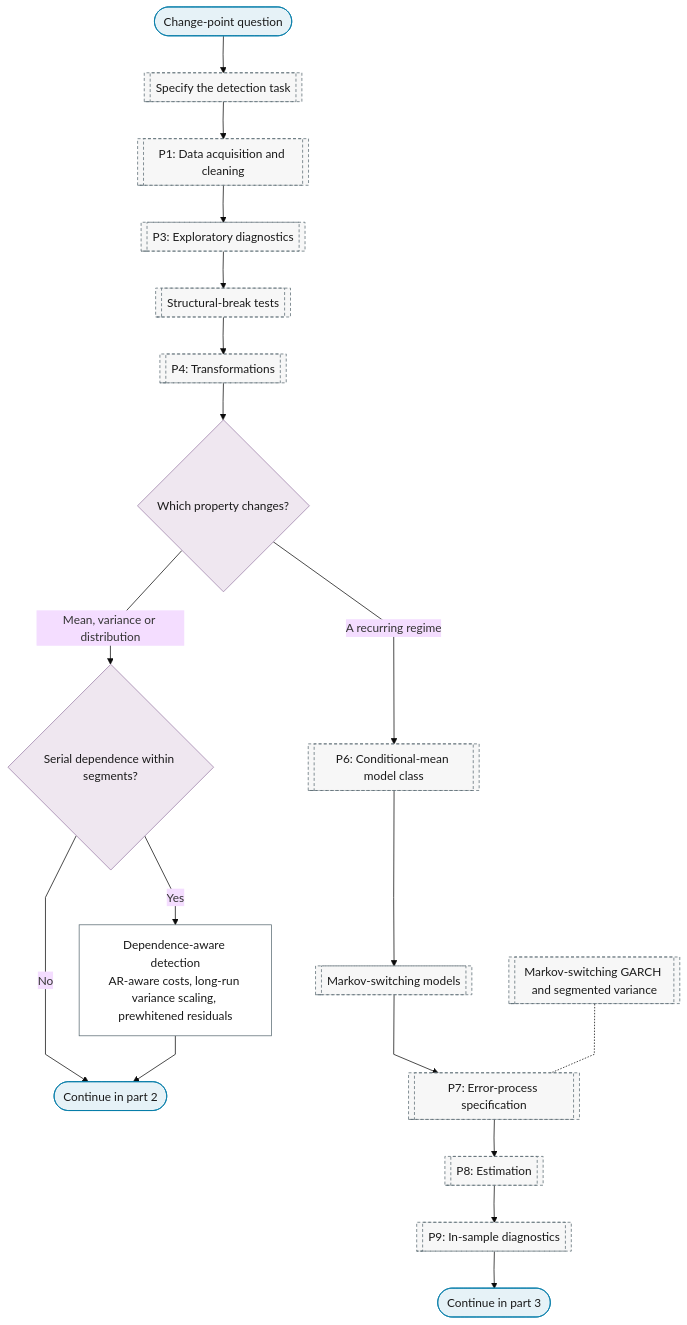
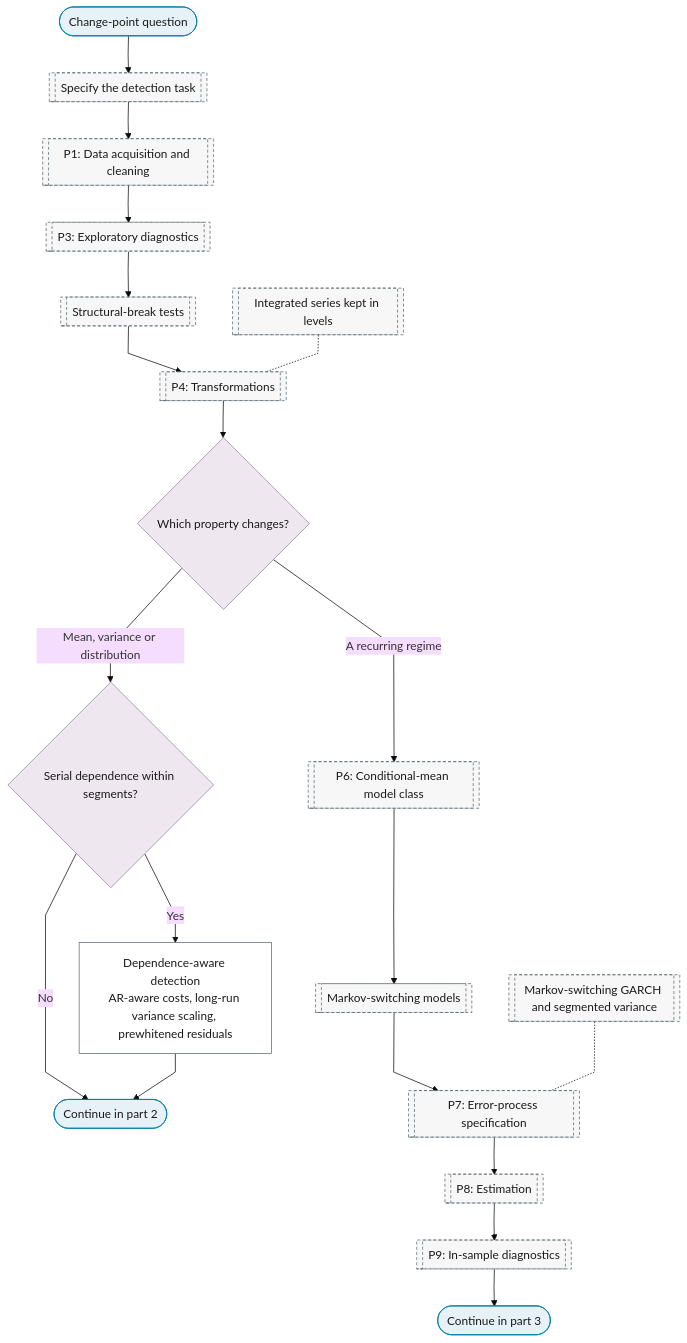
The first of 3 diagrams in docs/01-workflow/p00-purpose/04-change-point-detection.md (Shuxin-Y/time-series-analysis-manual), drawn with Mermaid (base theme) before and after one commit. The commit also changed 6 other files, not shown here.

````diff
--- a/docs/01-workflow/p00-purpose/04-change-point-detection.md
+++ b/docs/01-workflow/p00-purpose/04-change-point-detection.md
@@ -9,33 +9,34 @@
 ```mermaid
 %%{init: {"flowchart": {"curve": "linear"}}}%%
 graph TD
     P0_CP_IN(["Change-point question"]) --> P0_DETECTION_TASK[["Specify the detection task"]]
     P0_DETECTION_TASK --> P1[["P1: Data acquisition and cleaning"]]
     P1 --> P3[["P3: Exploratory diagnostics"]]
     P3 --> P3_STRUCTURAL_BREAKS[["Structural-break tests"]]
     P3_STRUCTURAL_BREAKS --> P4[["P4: Transformations"]]
     P4 --> P0_CP_PROPERTY{"Which property changes?"}
+    P4_INTEGRATED_LEVELS[["Integrated series kept in levels"]] -.- P4
     P0_CP_PROPERTY -->|"Mean, variance or distribution"| P0_CP_SERIAL{"Serial dependence within segments?"}
     P0_CP_PROPERTY -->|"A recurring regime"| P6[["P6: Conditional-mean model class"]]
     P0_CP_SERIAL -->|"Yes"| P0_CP_DEPENDENT["Dependence-aware detection<br/>AR-aware costs, long-run variance scaling, prewhitened residuals"]
     P0_CP_SERIAL -->|"No"| P0_CP_TO_PART_2
     P0_CP_DEPENDENT --> P0_CP_TO_PART_2(["Continue in part 2"])
     P6 --> P6_MARKOV_SWITCHING[["Markov-switching models"]]
     P6_MARKOV_SWITCHING --> P7[["P7: Error-process specification"]]
     P7 --> P8[["P8: Estimation"]]
     P8 --> P9[["P9: In-sample diagnostics"]]
     P9 --> P0_CP_REGIME_TO_PART_3(["Continue in part 3"])
     P7_MS_GARCH[["Markov-switching GARCH and segmented variance"]] -.- P7
     class P0_CP_IN,P0_CP_TO_PART_2,P0_CP_REGIME_TO_PART_3 terminator
     class P0_CP_PROPERTY,P0_CP_SERIAL decision
     class P0_CP_DEPENDENT process
-    class P0_DETECTION_TASK,P1,P3,P3_STRUCTURAL_BREAKS,P4,P6,P6_MARKOV_SWITCHING,P7,P8,P9,P7_MS_GARCH ref
+    class P0_DETECTION_TASK,P1,P3,P3_STRUCTURAL_BREAKS,P4,P6,P6_MARKOV_SWITCHING,P7,P8,P9,P7_MS_GARCH,P4_INTEGRATED_LEVELS ref
     classDef terminator fill:#E6F2F7,stroke:#007BA7,color:#1A1A1A;
     classDef process fill:#FFFFFF,stroke:#5A6B73,color:#1A1A1A;
     classDef decision fill:#EFE7F0,stroke:#9B7FA7,color:#1A1A1A;
     classDef data fill:#FFF4E0,stroke:#C9A55E,color:#1A1A1A;
     classDef good fill:#DCEFD8,stroke:#4A7A3F,color:#1A1A1A;
     classDef escalate fill:#FFE9C2,stroke:#C9A55E,color:#1A1A1A;
     classDef problem fill:#F2D9DE,stroke:#800020,color:#1A1A1A;
     classDef ref fill:#F7F7F7,stroke:#5A6B73,color:#1A1A1A,stroke-dasharray:4 3;
 ```
````
